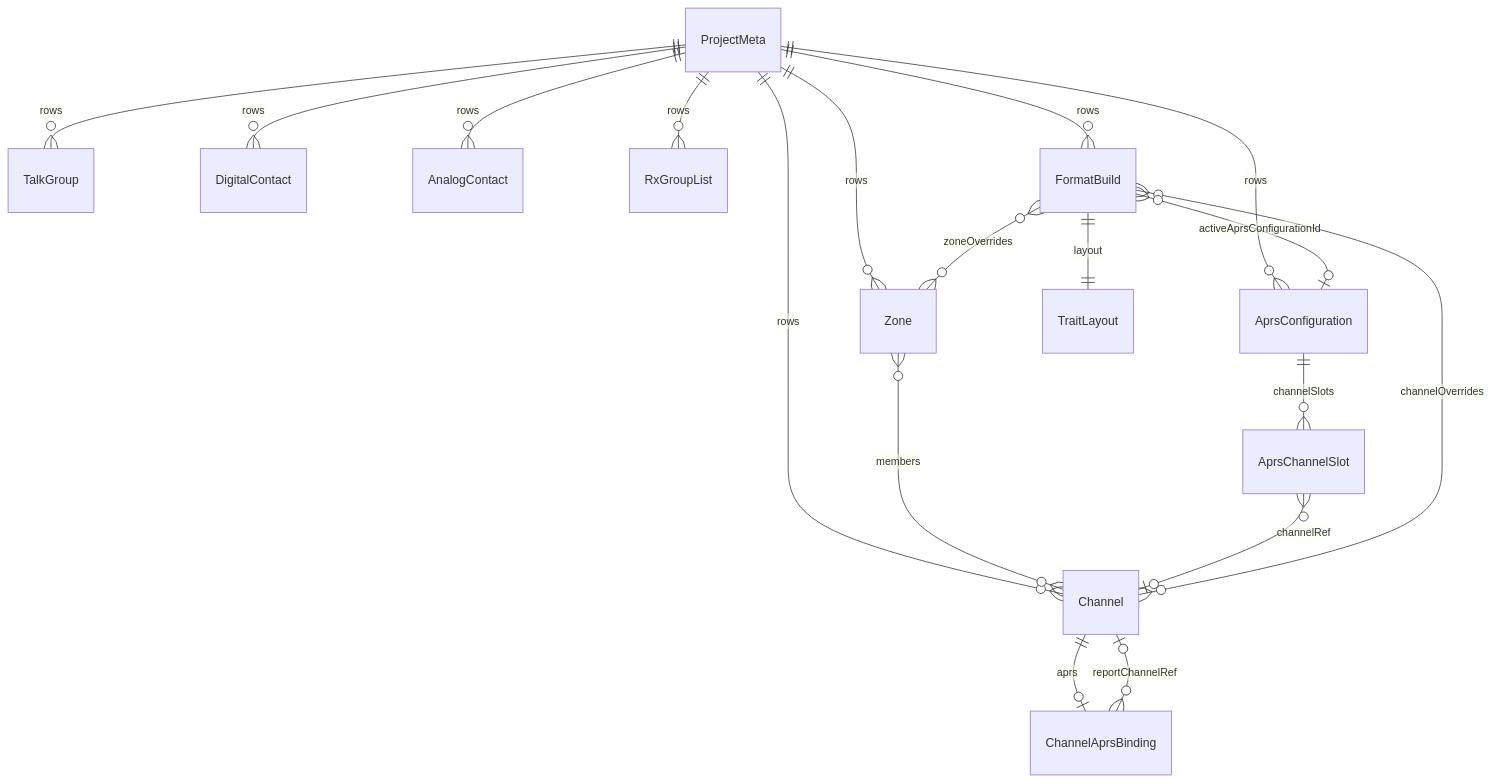
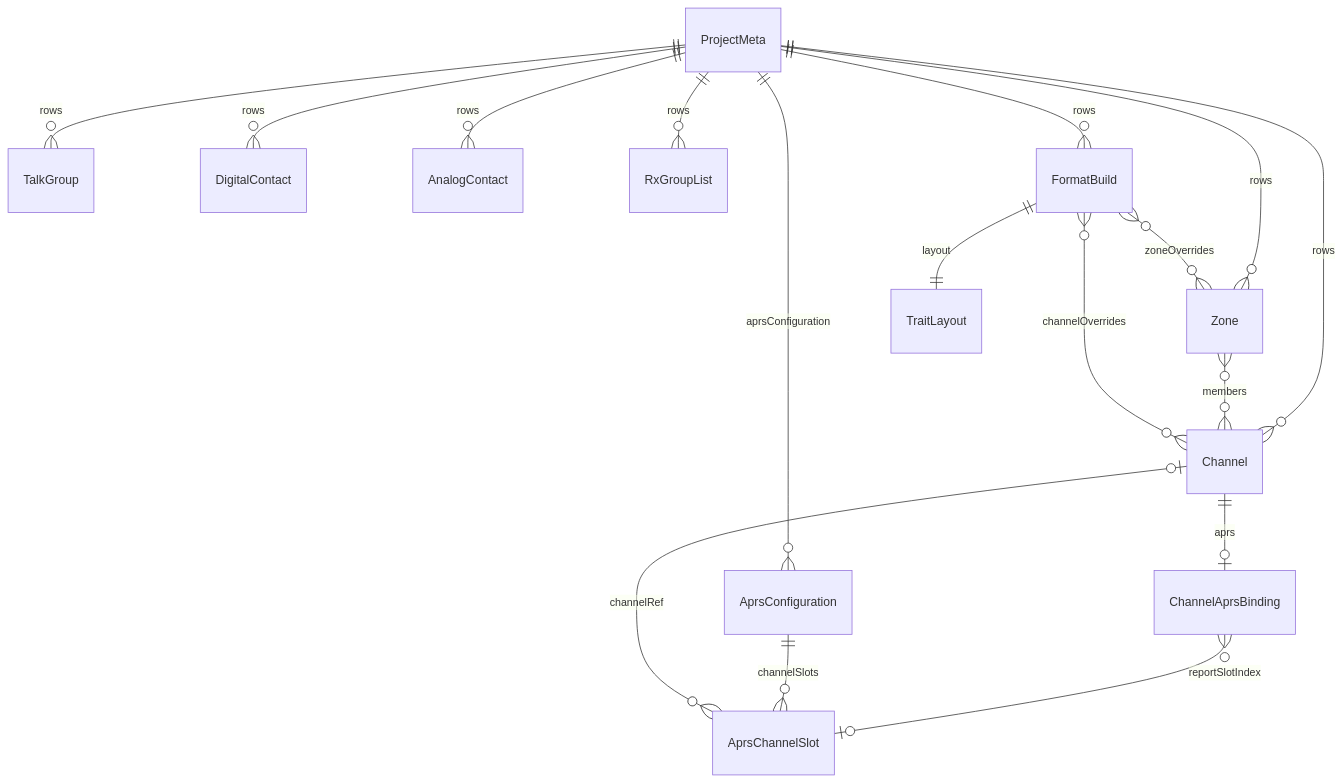
One commit to pskillen/codeplug-studio changed the second of 2 diagrams in docs/features/data-model/README.md. Above: the diagram before and after it, drawn with Mermaid. The commit also changed other lines of this file and 1 other file, not shown here.

Commit message:
docs(aprs): singleton model and dropped global default fields

````diff
--- a/docs/features/data-model/README.md
+++ b/docs/features/data-model/README.md
@@ -52,20 +52,19 @@
 ```mermaid
 erDiagram
   ProjectMeta ||--o{ Channel : rows
   ProjectMeta ||--o{ Zone : rows
   ProjectMeta ||--o{ TalkGroup : rows
   ProjectMeta ||--o{ DigitalContact : rows
   ProjectMeta ||--o{ AnalogContact : rows
   ProjectMeta ||--o{ RxGroupList : rows
-  ProjectMeta ||--o{ AprsConfiguration : rows
+  ProjectMeta ||--o{ AprsConfiguration : aprsConfiguration
   ProjectMeta ||--o{ FormatBuild : rows
   Zone }o--o{ Channel : members
   Channel ||--o| ChannelAprsBinding : aprs
-  ChannelAprsBinding }o--o| Channel : reportChannelRef
+  ChannelAprsBinding }o--o| AprsChannelSlot : reportSlotIndex
   AprsConfiguration ||--o{ AprsChannelSlot : channelSlots
   AprsChannelSlot }o--o| Channel : channelRef
   FormatBuild }o--o{ Channel : channelOverrides
   FormatBuild }o--o{ Zone : zoneOverrides
-  FormatBuild }o--o| AprsConfiguration : activeAprsConfigurationId
   FormatBuild ||--|| TraitLayout : layout
 ```
````
